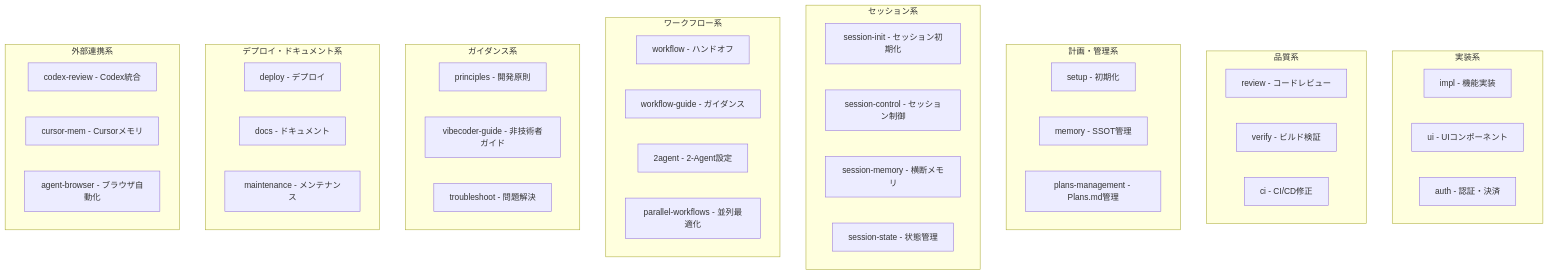
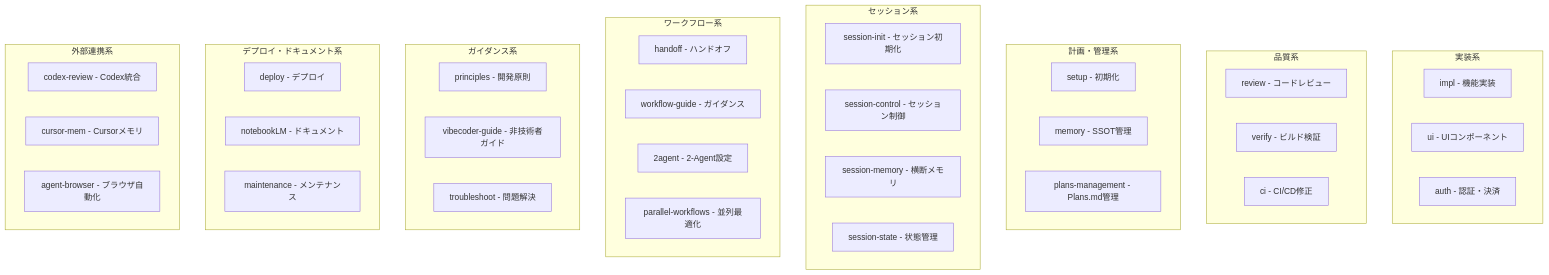
Before and after one commit to Chachamaru127/claude-code-harness: the eighth of 11 diagrams in docs/HARNESS_COMPLETE_MAP.md, drawn with Mermaid. The commit also changed other lines of this file and 10 other files, not shown here.

````diff
--- a/docs/HARNESS_COMPLETE_MAP.md
+++ b/docs/HARNESS_COMPLETE_MAP.md
@@ -399,52 +399,52 @@
 ```mermaid
 flowchart TB
     subgraph IMPL_GROUP["実装系"]
         IMPL["impl - 機能実装"]
         UI["ui - UIコンポーネント"]
         AUTH["auth - 認証・決済"]
     end
 
     subgraph QUALITY_GROUP["品質系"]
         REVIEW["review - コードレビュー"]
         VERIFY["verify - ビルド検証"]
         CI["ci - CI/CD修正"]
     end
 
     subgraph PLAN_GROUP["計画・管理系"]
         SETUP["setup - 初期化"]
         MEMORY["memory - SSOT管理"]
         PLANS["plans-management - Plans.md管理"]
     end
 
     subgraph SESSION_GROUP["セッション系"]
         SI["session-init - セッション初期化"]
         SC["session-control - セッション制御"]
         SM["session-memory - 横断メモリ"]
         SS["session-state - 状態管理"]
     end
 
     subgraph WORKFLOW_GROUP["ワークフロー系"]
-        WF["workflow - ハンドオフ"]
+        WF["handoff - ハンドオフ"]
         WFG["workflow-guide - ガイダンス"]
         AGENT2["2agent - 2-Agent設定"]
         PARALLEL["parallel-workflows - 並列最適化"]
     end
 
     subgraph GUIDE_GROUP["ガイダンス系"]
         PRINCIPLES["principles - 開発原則"]
         VIBECODER["vibecoder-guide - 非技術者ガイド"]
         TROUBLE["troubleshoot - 問題解決"]
     end
 
     subgraph DEPLOY_GROUP["デプロイ・ドキュメント系"]
         DEPLOY["deploy - デプロイ"]
-        DOCS["docs - ドキュメント"]
+        DOCS["notebookLM - ドキュメント"]
         MAINT["maintenance - メンテナンス"]
     end
 
     subgraph INTEGRATION_GROUP["外部連携系"]
         CODEX["codex-review - Codex統合"]
         CURSOR["cursor-mem - Cursorメモリ"]
         BROWSER["agent-browser - ブラウザ自動化"]
     end
 ```
````
